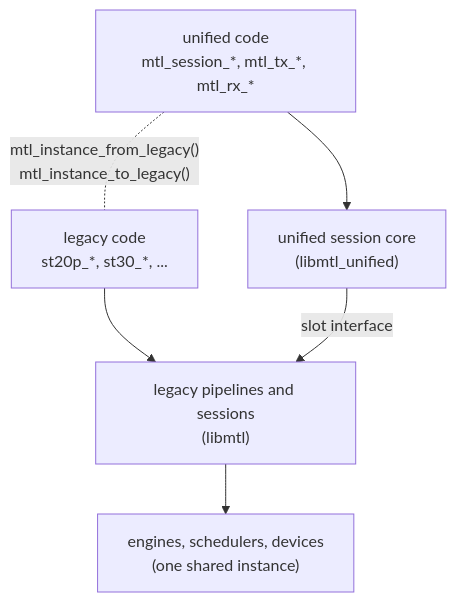
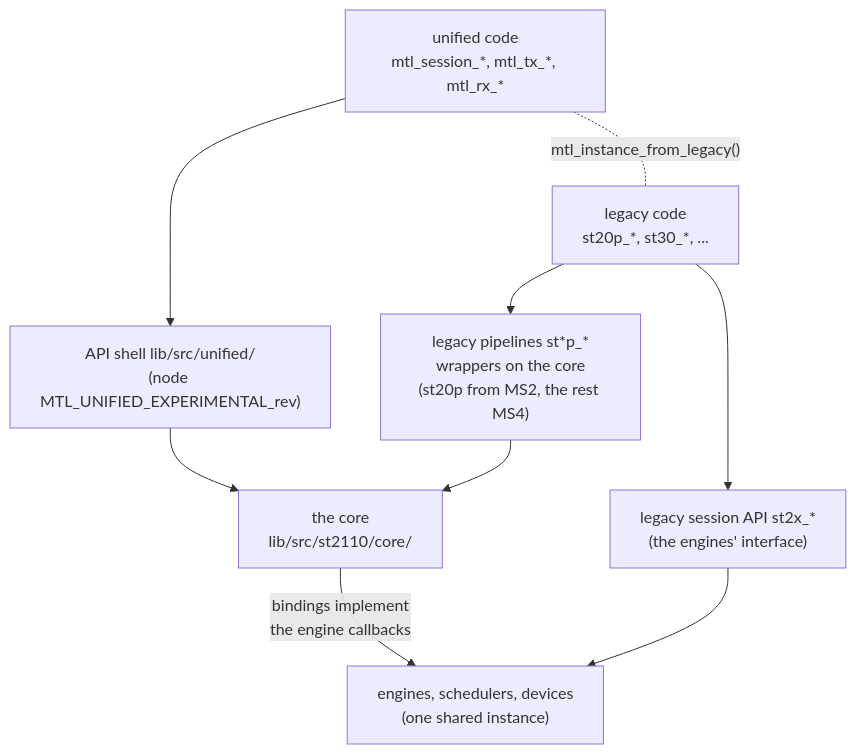
One commit to Sakoram/Media-Transport-Library changed the diagram in doc/unified-api/migration.md. Above: the diagram before and after it, drawn with Mermaid. The commit also changed other lines of this file and 56 other files, not shown here.

First line of the commit message:
Docs: Turn the unified API docs into the MS1 handoff

````diff
--- a/doc/unified-api/migration.md
+++ b/doc/unified-api/migration.md
@@ -725,8 +730,11 @@
 ```mermaid
 flowchart TB
-    A["legacy code<br/>st20p_*, st30_*, ..."] --> P["legacy pipelines and sessions<br/>(libmtl)"]
-    B["unified code<br/>mtl_session_*, mtl_tx_*, mtl_rx_*"] --> U["unified session core<br/>(libmtl_unified)"]
-    U -->|"slot interface"| P
-    P --> E["engines, schedulers, devices<br/>(one shared instance)"]
-    B -. "mtl_instance_from_legacy()<br/>mtl_instance_to_legacy()" .- A
+    A["legacy code<br/>st20p_*, st30_*, ..."] --> LP["legacy pipelines st*p_*<br/>wrappers on the core<br/>(st20p from MS2, the rest MS4)"]
+    A --> LS["legacy session API st2x_*<br/>(the engines' interface)"]
+    B["unified code<br/>mtl_session_*, mtl_tx_*, mtl_rx_*"] --> U["API shell lib/src/unified/<br/>(node MTL_UNIFIED_EXPERIMENTAL_rev)"]
+    U --> C["the core<br/>lib/src/st2110/core/"]
+    LP --> C
+    C -->|"bindings implement<br/>the engine callbacks"| E["engines, schedulers, devices<br/>(one shared instance)"]
+    LS --> E
+    B -. "mtl_instance_from_legacy()" .- A
 ```
````
